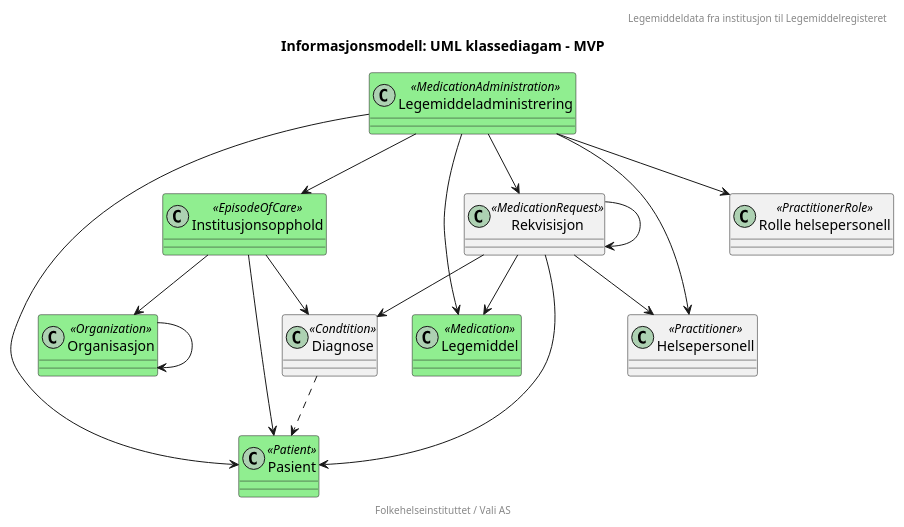
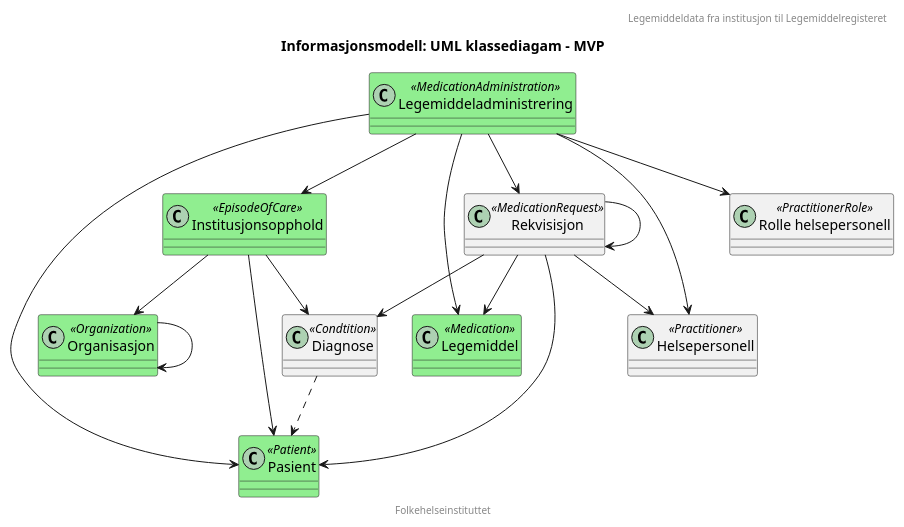
One commit to HL7Norway/LMDI changed the diagram in LMDI/input/images/informasjonsmodell-enkel.plantuml. Above: the diagram before and after it, drawn with PlantUML. The commit also changed 23 other files, not shown here.

```diff
--- a/LMDI/input/images/informasjonsmodell-enkel.plantuml
+++ b/LMDI/input/images/informasjonsmodell-enkel.plantuml
@@ -1,56 +1,56 @@
 @startuml
 
 header "Legemiddeldata fra institusjon til Legemiddelregisteret"
 title "Informasjonsmodell: UML klassediagam - MVP"
-footer "Folkehelseinstituttet / Vali AS"
+footer "Folkehelseinstituttet"
 
 class Pasient <<Patient>> #lightgreen {
 }
 
 class Legemiddeladministrering <<MedicationAdministration>> #lightgreen {
 }
 
 Legemiddeladministrering --> Legemiddel 
 Legemiddeladministrering --> Pasient
 Legemiddeladministrering --> Helsepersonell
 Legemiddeladministrering --> "Rolle helsepersonell"
 Legemiddeladministrering --> Rekvisisjon
 Legemiddeladministrering --> Institusjonsopphold
 
 class Legemiddel <<Medication>> #lightgreen {
 }
 
 class Helsepersonell <<Practitioner>> {
 }
 class Organisasjon <<Organization>> #lightgreen {
 }
 
 Organisasjon --> Organisasjon
 
 class Institusjonsopphold <<EpisodeOfCare>> #lightgreen {
 }
 
 Institusjonsopphold --> Pasient
 Institusjonsopphold --> Organisasjon
 Institusjonsopphold --> Diagnose
 
 class Diagnose <<Condtition>> {
 }
 
 Diagnose ..> Pasient
 
 class Rekvisisjon <<MedicationRequest>> {
 }
 
 Rekvisisjon --> Diagnose
 Rekvisisjon --> Legemiddel
 Rekvisisjon --> Pasient
 Rekvisisjon --> Helsepersonell
 Rekvisisjon --> Rekvisisjon
 
 class "Rolle helsepersonell" <<PractitionerRole>> {
 }
 
 
 
 @enduml
```
